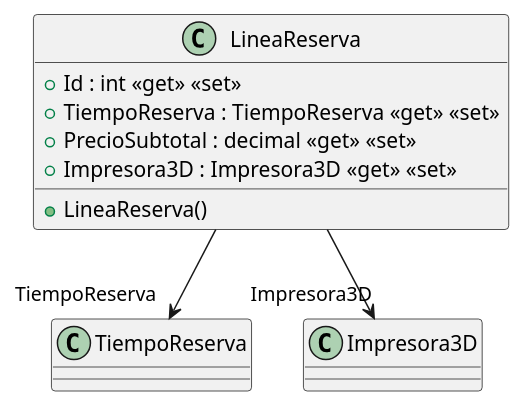
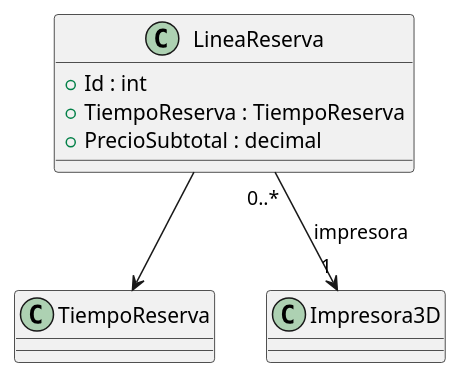
One commit to ISIIA2627DAKOI9SE/ISIIA2627DAKOI9SE changed the diagram in src/AppForSEII.API/ClassDiagram/LineaReserva.puml. Above: the diagram before and after it, drawn with PlantUML. The commit also changed 5 other files, not shown here.

Commit message:
fix(classDiagram):Se han corregido relaciones y cardinalidades del UC Reservar Impresoras 3D

```diff
--- a/src/AppForSEII.API/ClassDiagram/LineaReserva.puml
+++ b/src/AppForSEII.API/ClassDiagram/LineaReserva.puml
@@ -1,14 +1,13 @@
 @startuml
 
 class LineaReserva {
-    + LineaReserva()
-    + Id : int <<get>> <<set>>
-    + TiempoReserva : TiempoReserva <<get>> <<set>>
-    + PrecioSubtotal : decimal <<get>> <<set>>
-    + Impresora3D : Impresora3D <<get>> <<set>>
+    + Id : int
+    + TiempoReserva : TiempoReserva
+    + PrecioSubtotal : decimal
 }
 
-LineaReserva --> "TiempoReserva" TiempoReserva
-LineaReserva --> "Impresora3D" Impresora3D
+LineaReserva --> TiempoReserva
+
+LineaReserva "0..*" --> "1" Impresora3D : impresora
 
 @enduml
```
